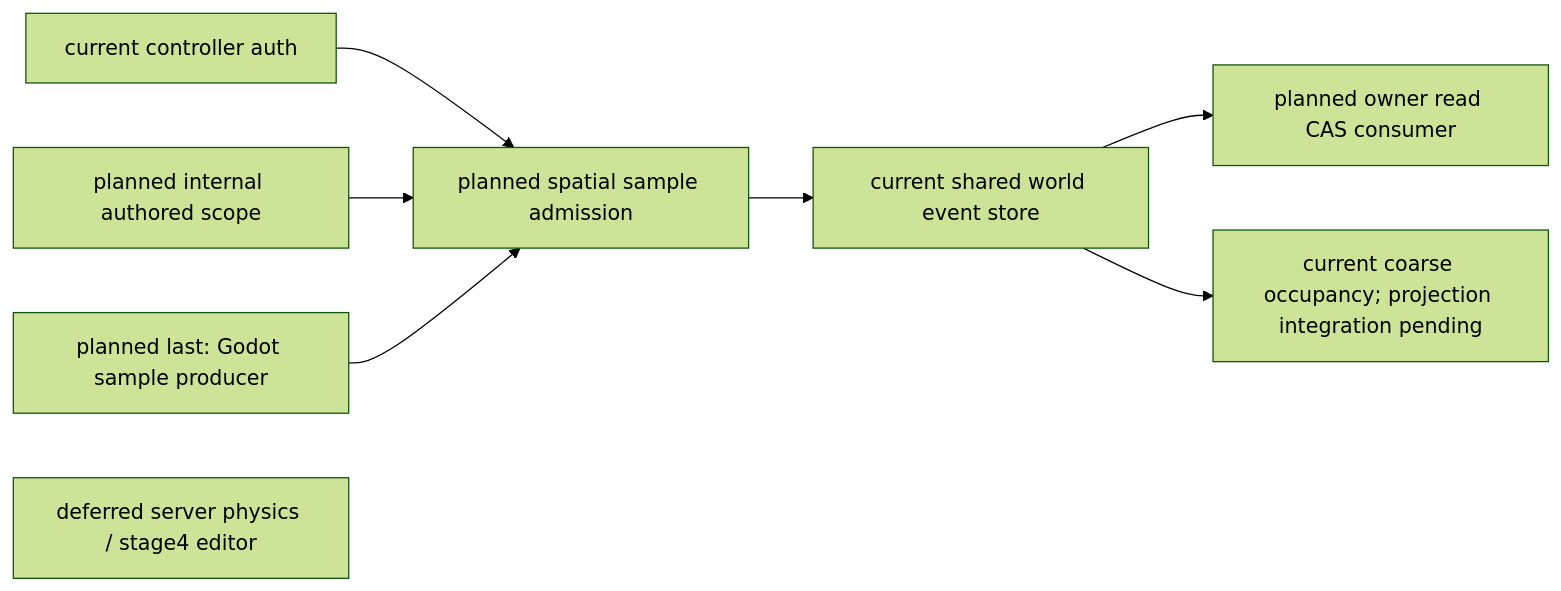
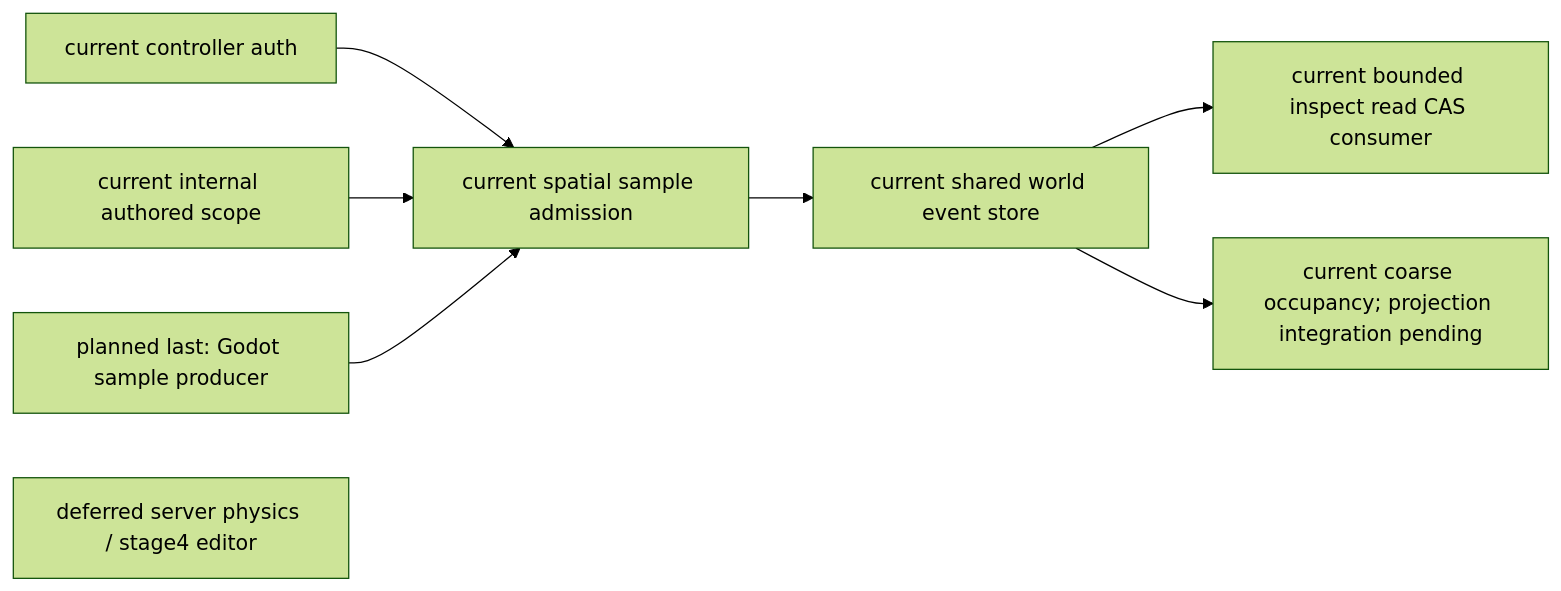
One commit to Dancing-coin/Paralls-phase0-1 changed the first of 6 diagrams in docs/superpowers/specs/2026-10-20-embodied-spatial-source-design.md. Above: the diagram before and after it, drawn with Mermaid (forest theme). The commit also changed other lines of this file and 7 other files, not shown here.

Commit message:
feat: dispatch bounded character inspect to durable ESM owner

````diff
--- a/docs/superpowers/specs/2026-10-20-embodied-spatial-source-design.md
+++ b/docs/superpowers/specs/2026-10-20-embodied-spatial-source-design.md
@@ -15,10 +15,10 @@
 ```mermaid
 flowchart LR
-  C["current controller auth"] --> P["planned spatial sample admission"]
-  D["planned internal authored scope"] --> P
+  C["current controller auth"] --> P["current spatial sample admission"]
+  D["current internal authored scope"] --> P
   P --> W["current shared world event store"]
-  W --> O["planned owner read CAS consumer"]
+  W --> O["current bounded inspect read CAS consumer"]
   W --> V["current coarse occupancy; projection integration pending"]
   G["planned last: Godot sample producer"] --> P
   X["deferred server physics / stage4 editor"]
 ```
````
